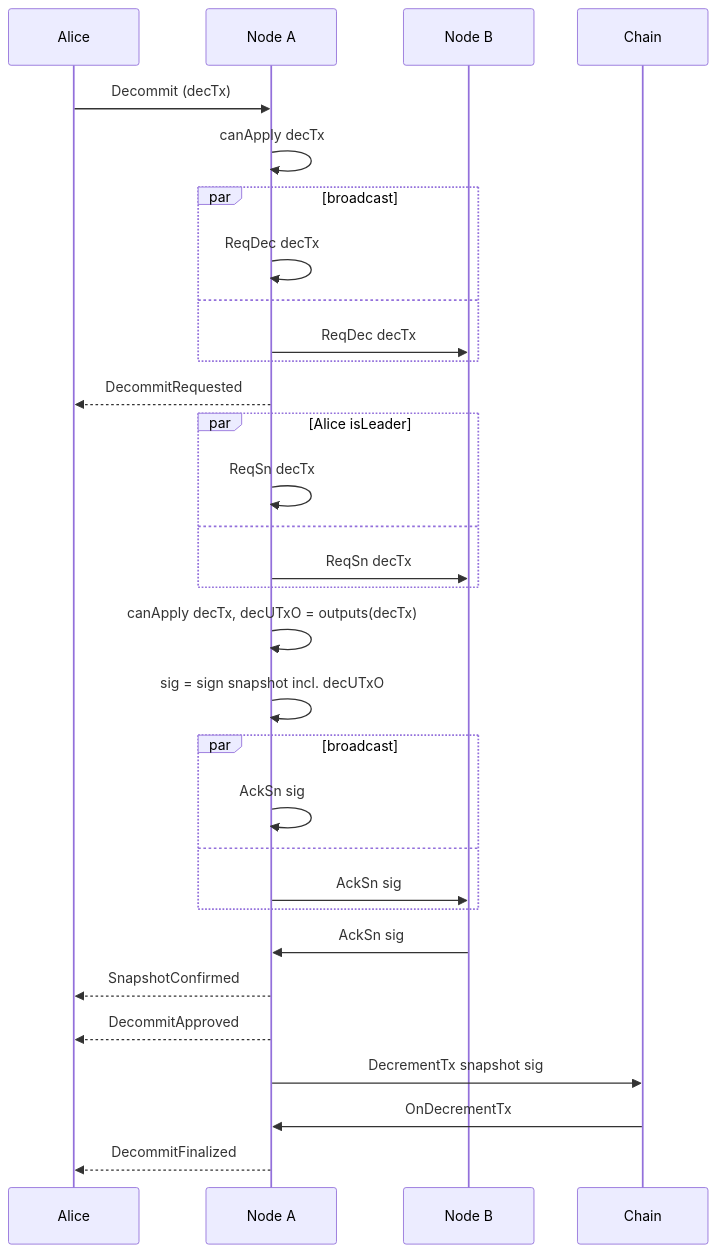
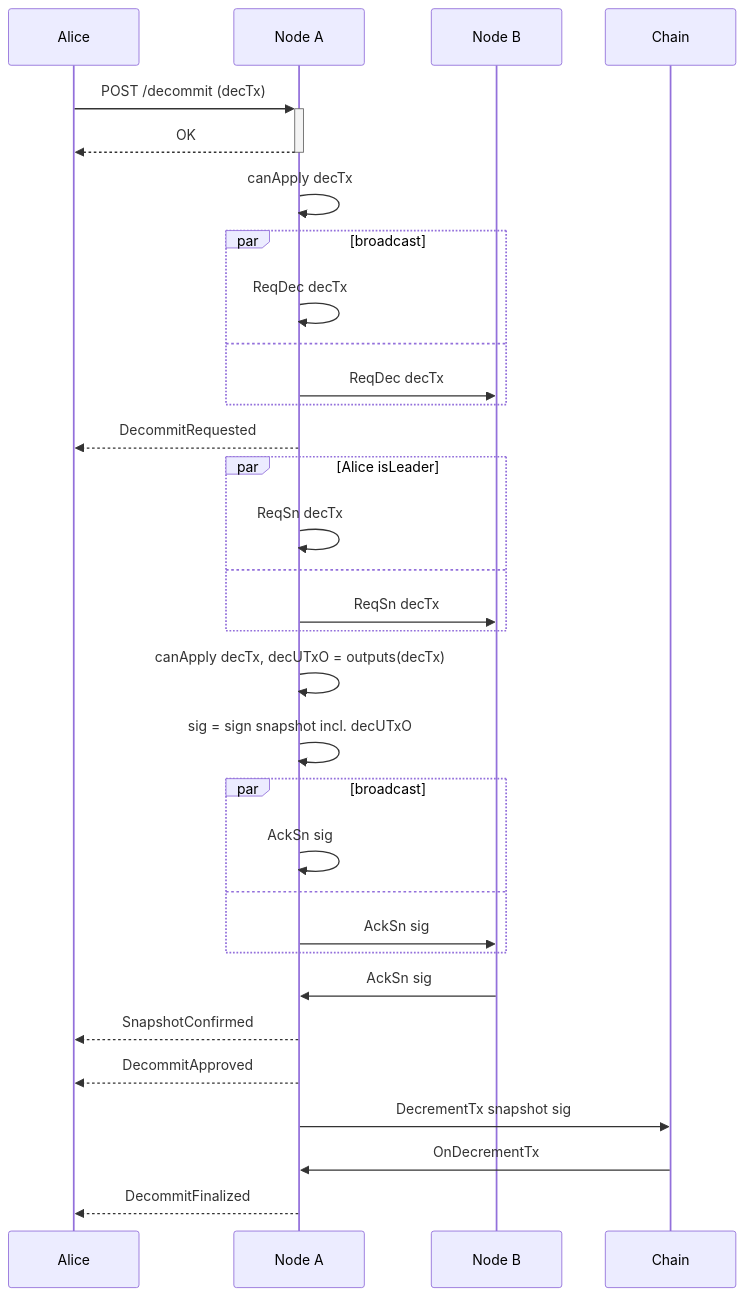
Before and after one commit to input-output-hk/hydra: the second of 2 diagrams in docs/docs/dev/protocol.md, drawn with Mermaid. The commit also changed 2 other files, not shown here.

Commit message:
Add a commit client input

````diff
--- a/docs/docs/dev/protocol.md
+++ b/docs/docs/dev/protocol.md
@@ -56,37 +56,39 @@
 ```mermaid
 sequenceDiagram
-    Alice->>Node A: Decommit (decTx)
+    Alice->>+Node A: POST /decommit (decTx)
+    Node A-->>-Alice: OK
+
     Node A->>Node A: canApply decTx
 
     par broadcast
         Node A->>Node A: ReqDec decTx
     and
         Node A->>Node B: ReqDec decTx
     end
 
     Node A -->> Alice: DecommitRequested
 
     par Alice isLeader
         Node A->>Node A: ReqSn decTx
     and
         Node A->>Node B: ReqSn decTx
     end
 
     Node A->>Node A: canApply decTx, decUTxO =  outputs(decTx)
     Node A->>Node A: sig = sign snapshot incl. decUTxO
 
     par broadcast
         Node A->>Node A: AckSn sig
     and
         Node A->>Node B: AckSn sig
     end
 
     Node B->>Node A: AckSn sig
 
     Node A -->> Alice: SnapshotConfirmed
     Node A -->> Alice: DecommitApproved
 
     Node A ->> Chain: DecrementTx snapshot sig
     Chain ->> Node A: OnDecrementTx
     Node A -->> Alice: DecommitFinalized
 ```
````
